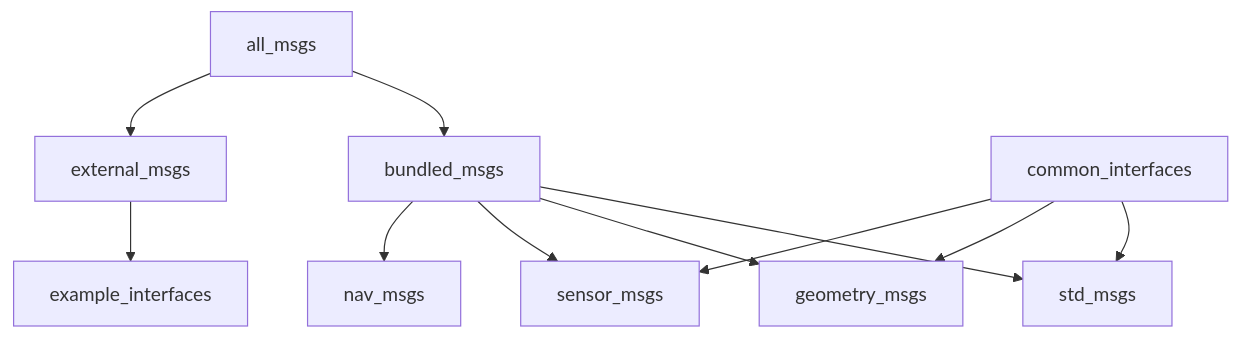
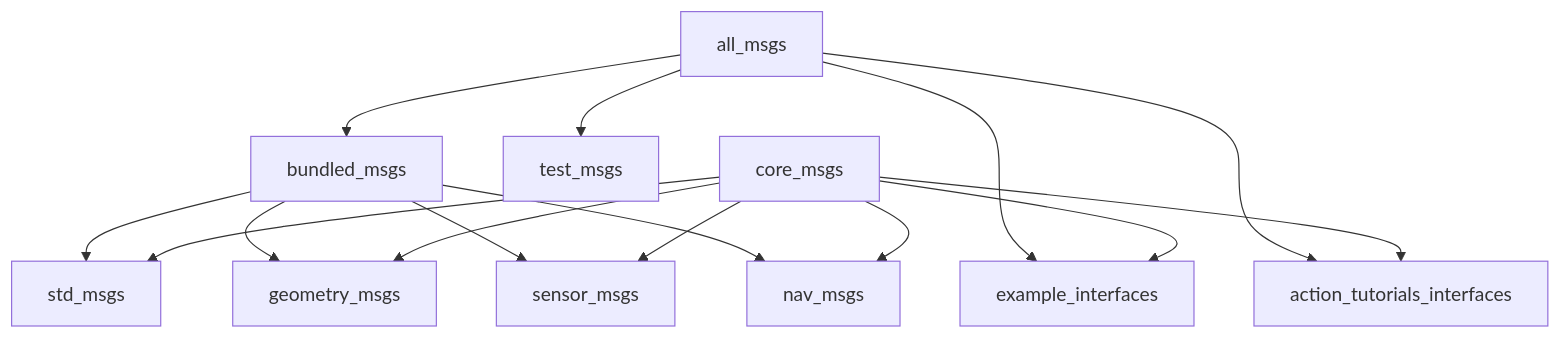
The first of 2 diagrams in book/src/chapters/feature_flags.md (ZettaScaleLabs/ros-z), drawn with Mermaid before and after one commit. The commit also changed other lines of this file and 206 other files, not shown here.

````diff
--- a/book/src/chapters/feature_flags.md
+++ b/book/src/chapters/feature_flags.md
@@ -274,16 +229,19 @@
 ```mermaid
 graph TD
     A[all_msgs] --> B[bundled_msgs]
-    A --> C[external_msgs]
+    A --> C[example_interfaces]
+    A --> D[action_tutorials_interfaces]
+    A --> E[test_msgs]
 
-    B --> D[std_msgs]
-    B --> E[geometry_msgs]
-    B --> F[sensor_msgs]
-    B --> G[nav_msgs]
+    B --> F[std_msgs]
+    B --> G[geometry_msgs]
+    B --> H[sensor_msgs]
+    B --> I[nav_msgs]
 
-    C --> H[example_interfaces]
-
-    I[common_interfaces] --> D
-    I --> E
-    I --> F
+    J[core_msgs] --> F
+    J --> G
+    J --> H
+    J --> I
+    J --> C
+    J --> D
 ```
````
